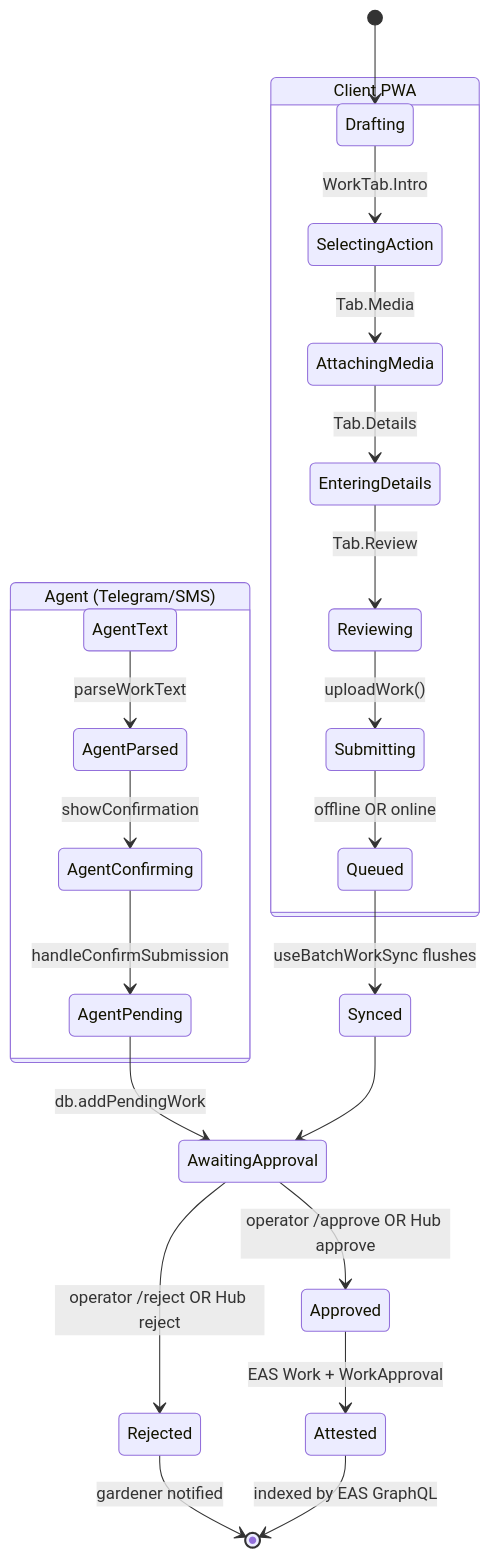
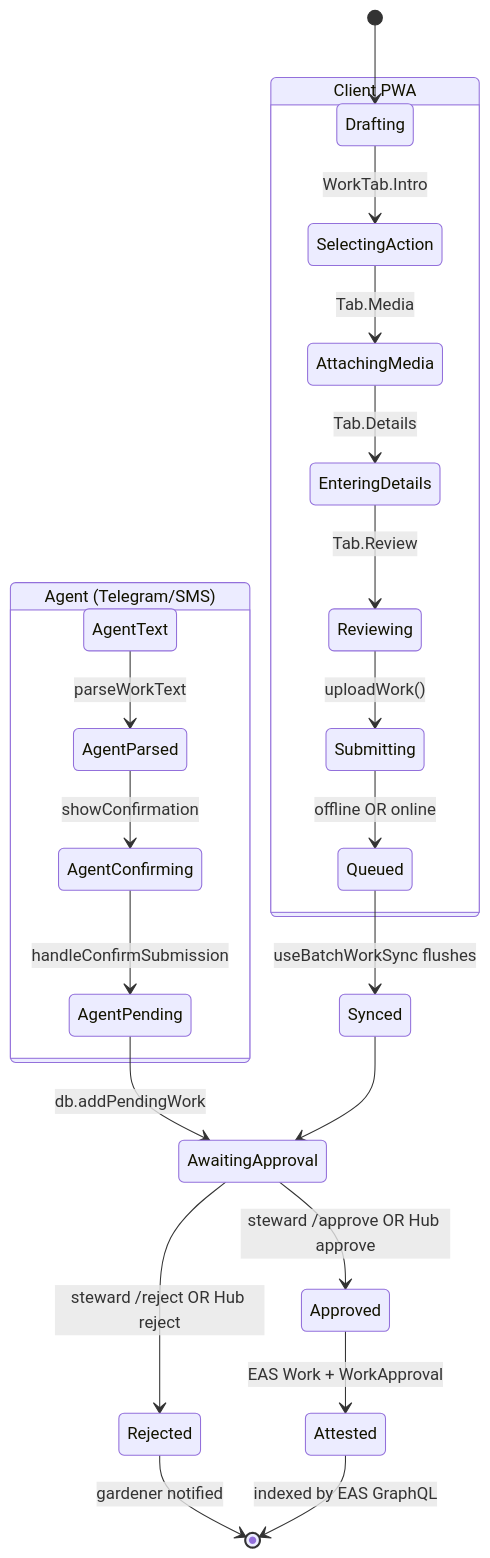
The diagram in docs/docs/builders/journeys/work-submission.mdx (greenpill-dev-guild/green-goods), drawn with Mermaid before and after one commit. The commit also changed other lines of this file and 447 other files, not shown here.

````diff
--- a/docs/docs/builders/journeys/work-submission.mdx
+++ b/docs/docs/builders/journeys/work-submission.mdx
@@ -38,30 +38,30 @@
 ```mermaid
 stateDiagram-v2
     [*] --> Drafting
 
     state "Client PWA" as PWA {
         Drafting --> SelectingAction: WorkTab.Intro
         SelectingAction --> AttachingMedia: Tab.Media
         AttachingMedia --> EnteringDetails: Tab.Details
         EnteringDetails --> Reviewing: Tab.Review
         Reviewing --> Submitting: uploadWork()
         Submitting --> Queued: offline OR online
     }
 
     state "Agent (Telegram/SMS)" as Agent {
         AgentText --> AgentParsed: parseWorkText
         AgentParsed --> AgentConfirming: showConfirmation
         AgentConfirming --> AgentPending: handleConfirmSubmission
     }
 
     Queued --> Synced: useBatchWorkSync flushes
     AgentPending --> AwaitingApproval: db.addPendingWork
     Synced --> AwaitingApproval
 
-    AwaitingApproval --> Approved: operator /approve OR Hub approve
-    AwaitingApproval --> Rejected: operator /reject OR Hub reject
+    AwaitingApproval --> Approved: steward /approve OR Hub approve
+    AwaitingApproval --> Rejected: steward /reject OR Hub reject
 
     Approved --> Attested: EAS Work + WorkApproval
     Rejected --> [*]: gardener notified
     Attested --> [*]: indexed by EAS GraphQL
 ```
````
